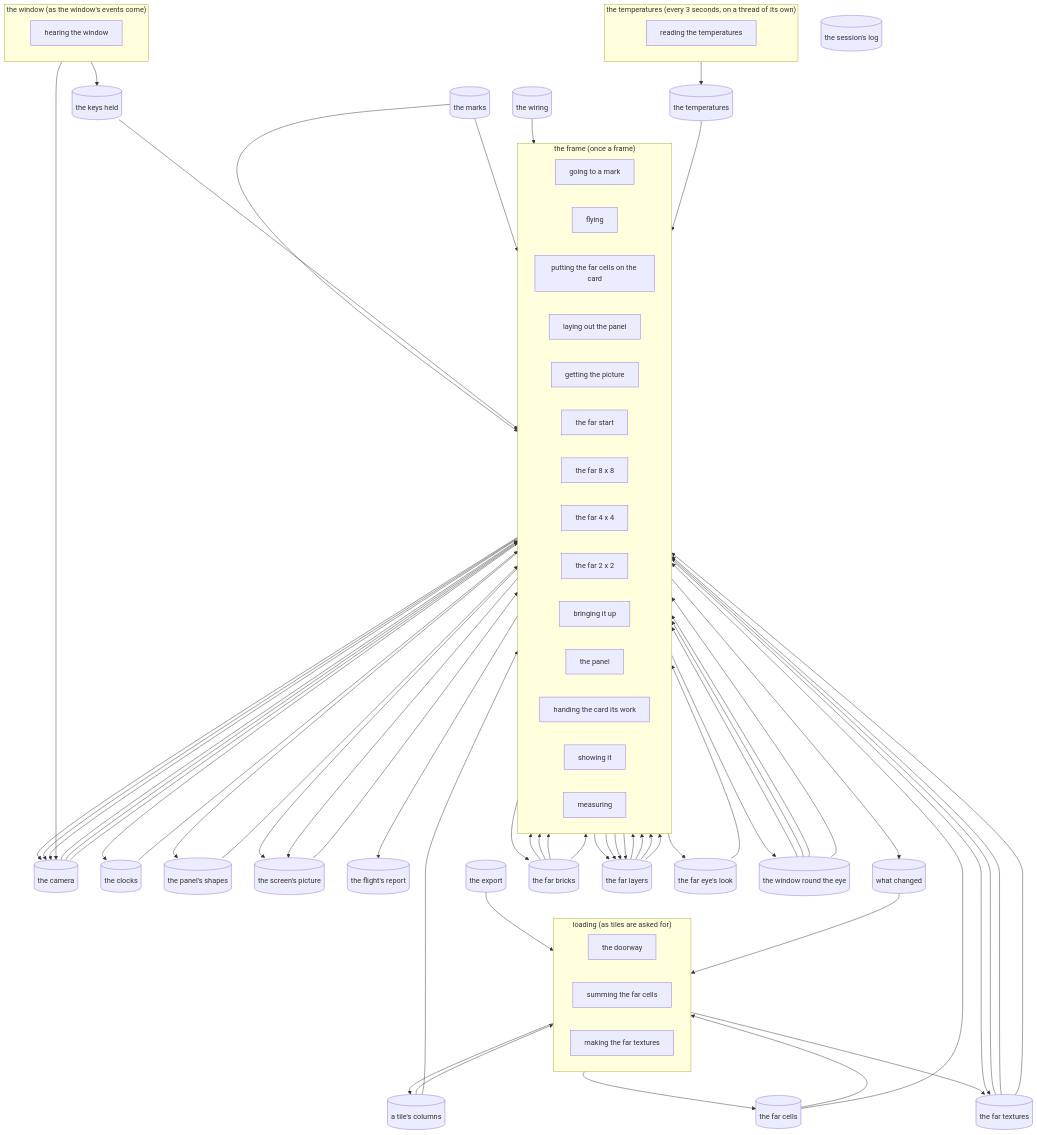
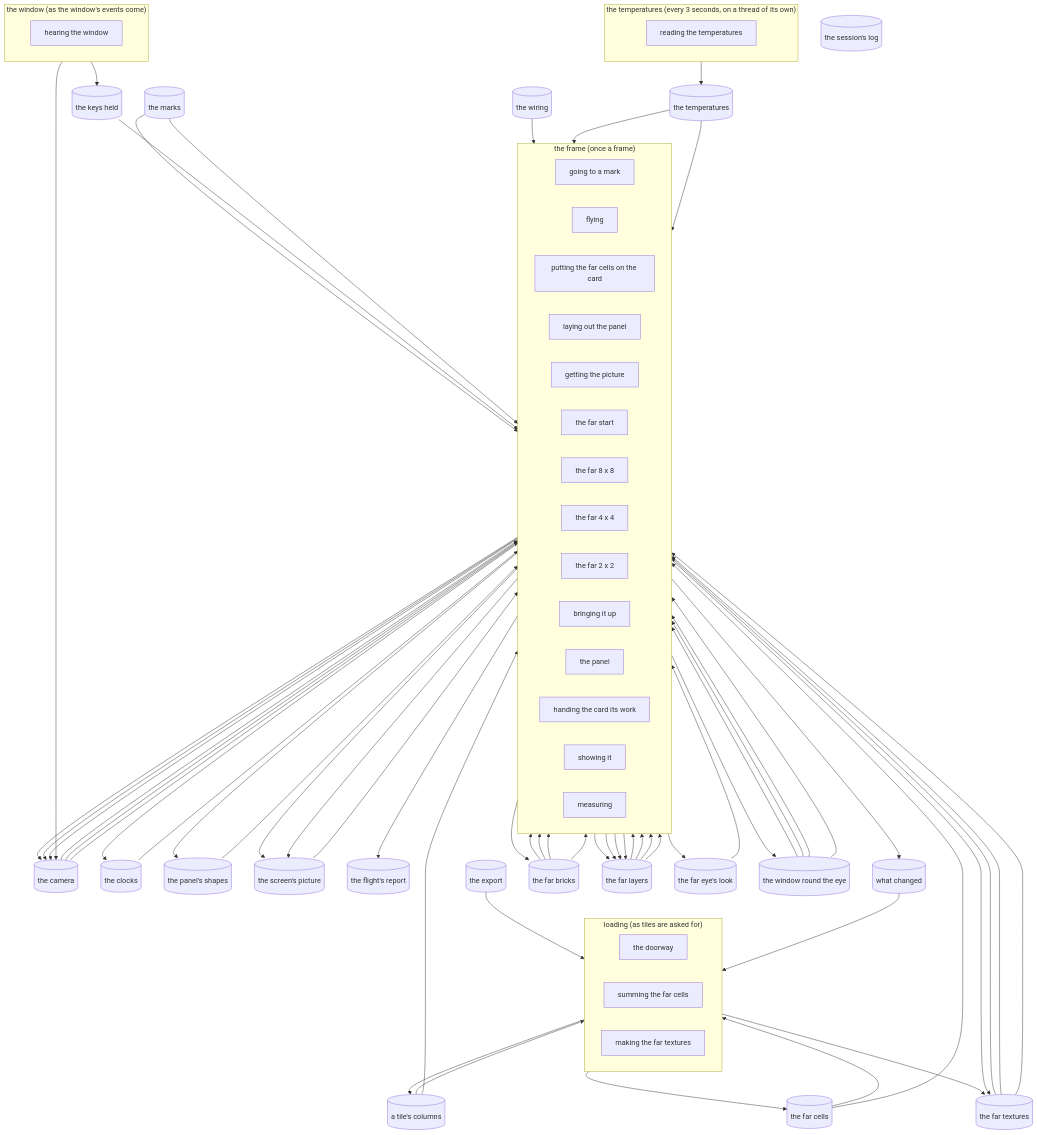
The diagram in master/map.md (david138collins/incus-artus), drawn with Mermaid before and after one commit. The commit also changed other lines of this file and 4 other files, not shown here.

```diff
--- a/master/map.md
+++ b/master/map.md
@@ -77,6 +77,7 @@
   store_the_camera --> pass_laying_out_the_panel
   store_the_clocks --> pass_laying_out_the_panel
   store_the_wiring --> pass_laying_out_the_panel
+  store_the_temperatures --> pass_laying_out_the_panel
   pass_laying_out_the_panel --> store_the_panel_s_shapes
   pass_laying_out_the_panel --> store_the_camera
   pass_laying_out_the_panel --> store_the_far_eye_s_look
```
